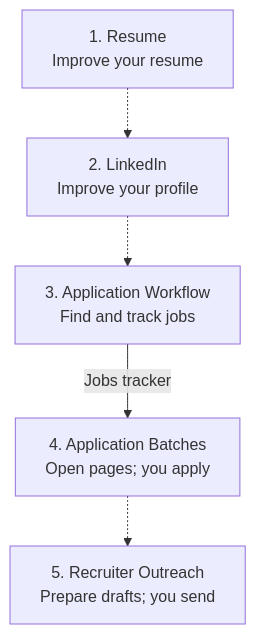
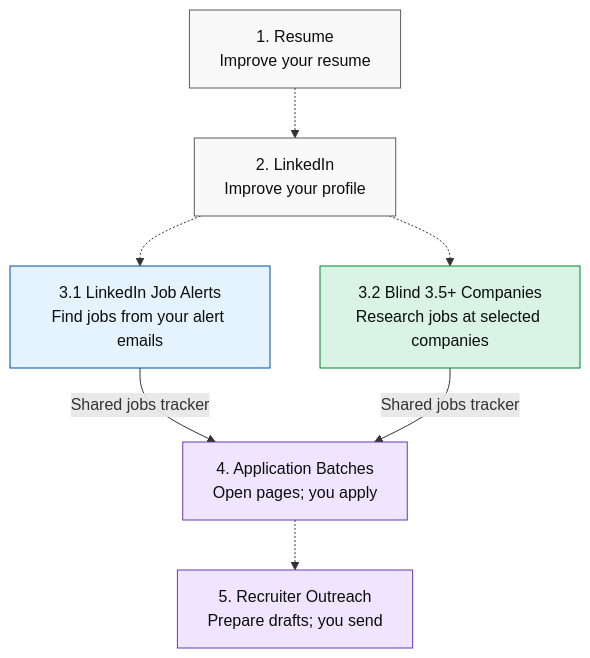
The diagram in README.md (nafisk/job-search-ops), drawn with Mermaid before and after one commit. The commit also changed other lines of this file and 21 other files, not shown here.

Commit message:
Separate Blind company research and clarify discovery flow

````diff
--- a/README.md
+++ b/README.md
@@ -42,13 +43,25 @@
 ```mermaid
 flowchart TD
     resume["1. Resume<br/>Improve your resume"]
     linkedin["2. LinkedIn<br/>Improve your profile"]
-    workflow["3. Application Workflow<br/>Find and track jobs"]
+    alerts["3.1 LinkedIn Job Alerts<br/>Find jobs from your alert emails"]
+    blind["3.2 Blind 3.5+ Companies<br/>Research jobs at selected companies"]
     batches["4. Application Batches<br/>Open pages; you apply"]
     outreach["5. Recruiter Outreach<br/>Prepare drafts; you send"]
 
     resume -.-> linkedin
-    linkedin -.-> workflow
-    workflow -->|"Jobs tracker"| batches
+    linkedin -.-> alerts
+    linkedin -.-> blind
+    alerts -->|"Shared jobs tracker"| batches
+    blind -->|"Shared jobs tracker"| batches
     batches -.-> outreach
+
+    classDef prepare fill:#f9f9f9,stroke:#5d5d5d,color:#0d0d0d
+    classDef email fill:#e5f3ff,stroke:#004f99,color:#0d0d0d
+    classDef rated fill:#d9f4e4,stroke:#008635,color:#0d0d0d
+    classDef action fill:#efe5fe,stroke:#6b3ab4,color:#0d0d0d
+    class resume,linkedin prepare
+    class alerts email
+    class blind rated
+    class batches,outreach action
 ```
````
